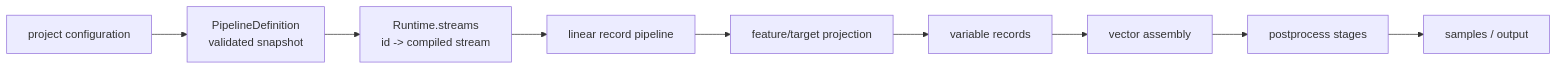
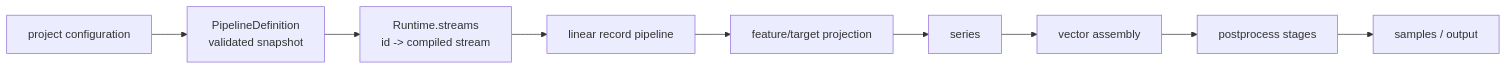
One commit to mr-lovalova/datapipeline changed the diagram in docs/architecture.md. Above: the diagram before and after it, drawn with Mermaid. The commit also changed other lines of this file and 85 other files, not shown here.

````diff
--- a/docs/architecture.md
+++ b/docs/architecture.md
@@ -37,9 +37,9 @@
 ```mermaid
 flowchart LR
   config["project configuration"] --> definition["PipelineDefinition<br/>validated snapshot"]
   definition --> runtime["Runtime.streams<br/>id -> compiled stream"]
   runtime --> records["linear record pipeline"]
-  records --> projection["feature/target projection"] --> inputs["variable records"]
+  records --> projection["feature/target projection"] --> inputs["series"]
   inputs --> vectors["vector assembly"] --> postprocess["postprocess stages"]
   postprocess --> output["samples / output"]
 ```
````
